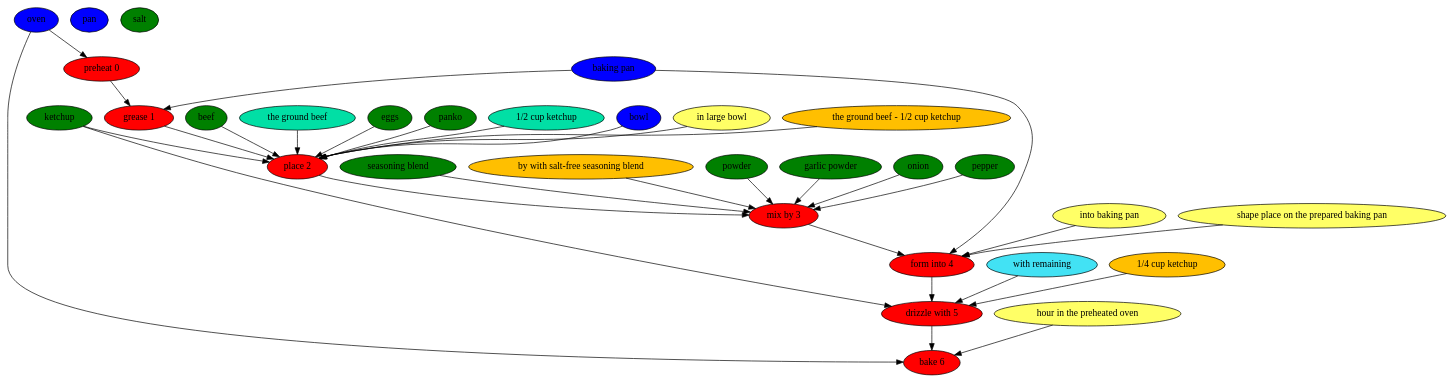
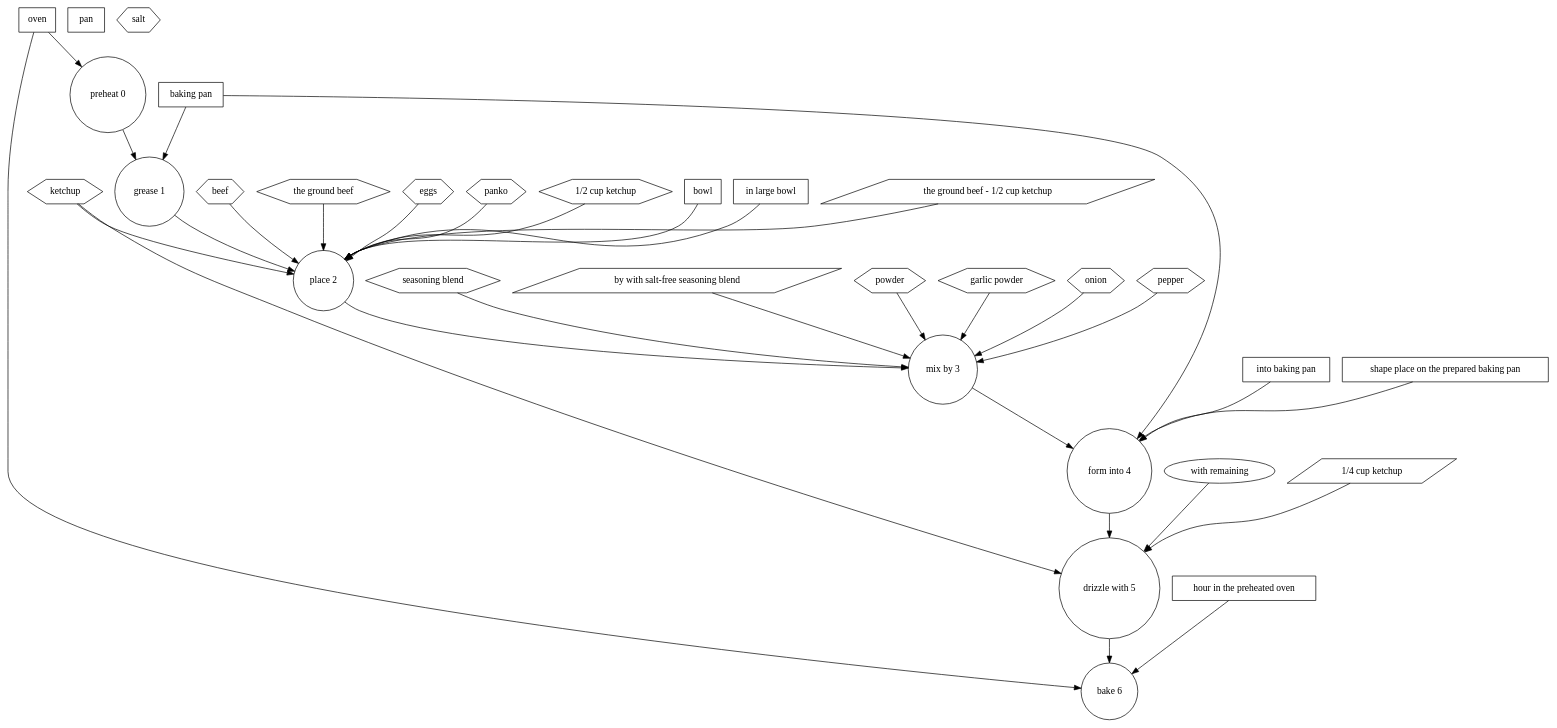
Before and after one commit to can-keklik/RecipePostagger: the diagram in results/paper3/jackies-special-meatloaf.dot, drawn with Graphviz. The commit also changed 3 other files, not shown here.

Commit message:
change graph without color vision2

```diff
--- a/results/paper3/jackies-special-meatloaf.dot
+++ b/results/paper3/jackies-special-meatloaf.dot
@@ -1,70 +1,70 @@
 digraph G {
-"preheat 0" [style=filled, fillcolor=red];
-oven [style=filled, fillcolor="#0000ff"];
+"preheat 0" [shape=circle, style=filled, fillcolor=white];
+oven [shape=box, style=filled, fillcolor=white];
 oven -> "preheat 0";
-"grease 1" [style=filled, fillcolor=red];
-"baking pan" [style=filled, fillcolor="#0000ff"];
+"grease 1" [shape=circle, style=filled, fillcolor=white];
+"baking pan" [shape=box, style=filled, fillcolor=white];
 "baking pan" -> "grease 1";
-pan [style=filled, fillcolor="#0000ff"];
-"place 2" [style=filled, fillcolor=red];
-beef [style=filled, fillcolor=green];
+pan [shape=box, style=filled, fillcolor=white];
+"place 2" [shape=circle, style=filled, fillcolor=white];
+beef [shape=hexagon, style=filled, fillcolor=white];
 beef -> "place 2";
-"the ground beef" [style=filled, fillcolor="#01DFA5"];
+"the ground beef" [shape=hexagon, style=filled, fillcolor=white];
 "the ground beef" -> "place 2";
-eggs [style=filled, fillcolor=green];
+eggs [shape=hexagon, style=filled, fillcolor=white];
 eggs -> "place 2";
-panko [style=filled, fillcolor=green];
+panko [shape=hexagon, style=filled, fillcolor=white];
 panko -> "place 2";
-ketchup [style=filled, fillcolor=green];
+ketchup [shape=hexagon, style=filled, fillcolor=white];
 ketchup -> "place 2";
-"1/2 cup ketchup" [style=filled, fillcolor="#01DFA5"];
+"1/2 cup ketchup" [shape=hexagon, style=filled, fillcolor=white];
 "1/2 cup ketchup" -> "place 2";
-bowl [style=filled, fillcolor="#0000ff"];
+bowl [shape=box, style=filled, fillcolor=white];
 bowl -> "place 2";
-"in large bowl" [style=filled, fillcolor="#ffff66"];
+"in large bowl" [shape=rectangle, style=filled, fillcolor=white];
 "in large bowl" -> "place 2";
-"the ground beef - 1/2 cup ketchup" [style=filled, fillcolor="#FFBF00"];
+"the ground beef - 1/2 cup ketchup" [shape=parallelogram, style=filled, fillcolor=white];
 "the ground beef - 1/2 cup ketchup" -> "place 2";
-"mix by 3" [style=filled, fillcolor=red];
-"seasoning blend" [style=filled, fillcolor=green];
+"mix by 3" [shape=circle, style=filled, fillcolor=white];
+"seasoning blend" [shape=hexagon, style=filled, fillcolor=white];
 "seasoning blend" -> "mix by 3";
-"by with salt-free seasoning blend" [style=filled, fillcolor="#01DFA5"];
+"by with salt-free seasoning blend" [shape=hexagon, style=filled, fillcolor=white];
 "by with salt-free seasoning blend" -> "mix by 3";
-powder [style=filled, fillcolor=green];
+powder [shape=hexagon, style=filled, fillcolor=white];
 powder -> "mix by 3";
-"garlic powder" [style=filled, fillcolor=green];
+"garlic powder" [shape=hexagon, style=filled, fillcolor=white];
 "garlic powder" -> "mix by 3";
-onion [style=filled, fillcolor=green];
+onion [shape=hexagon, style=filled, fillcolor=white];
 onion -> "mix by 3";
-salt [style=filled, fillcolor=green];
-pepper [style=filled, fillcolor=green];
+salt [shape=hexagon, style=filled, fillcolor=white];
+pepper [shape=hexagon, style=filled, fillcolor=white];
 pepper -> "mix by 3";
-"by with salt-free seasoning blend" [style=filled, fillcolor="#FFBF00"];
-"form into 4" [style=filled, fillcolor=red];
-"baking pan" [style=filled, fillcolor="#0000ff"];
+"by with salt-free seasoning blend" [shape=parallelogram, style=filled, fillcolor=white];
+"form into 4" [shape=circle, style=filled, fillcolor=white];
+"baking pan" [shape=box, style=filled, fillcolor=white];
 "baking pan" -> "form into 4";
-"into baking pan" [style=filled, fillcolor="#ffff66"];
+"into baking pan" [shape=rectangle, style=filled, fillcolor=white];
 "into baking pan" -> "form into 4";
-pan [style=filled, fillcolor="#0000ff"];
-"shape place on the prepared baking pan" [style=filled, fillcolor="#ffff66"];
+pan [shape=box, style=filled, fillcolor=white];
+"shape place on the prepared baking pan" [shape=rectangle, style=filled, fillcolor=white];
 "shape place on the prepared baking pan" -> "form into 4";
-"drizzle with 5" [style=filled, fillcolor=red];
-"with remaining" [style=filled, fillcolor="#42e2f4"];
+"drizzle with 5" [shape=circle, style=filled, fillcolor=white];
+"with remaining" [shape=ellipse, style=filled, fillcolor=white];
 "with remaining" -> "drizzle with 5";
-ketchup [style=filled, fillcolor=green];
+ketchup [shape=hexagon, style=filled, fillcolor=white];
 ketchup -> "drizzle with 5";
-"1/4 cup ketchup" [style=filled, fillcolor="#01DFA5"];
+"1/4 cup ketchup" [shape=hexagon, style=filled, fillcolor=white];
 "1/4 cup ketchup" -> "drizzle with 5";
-"1/4 cup ketchup" [style=filled, fillcolor="#FFBF00"];
-"bake 6" [style=filled, fillcolor=red];
-oven [style=filled, fillcolor="#0000ff"];
+"1/4 cup ketchup" [shape=parallelogram, style=filled, fillcolor=white];
+"bake 6" [shape=circle, style=filled, fillcolor=white];
+oven [shape=box, style=filled, fillcolor=white];
 oven -> "bake 6";
-"hour in the preheated oven" [style=filled, fillcolor="#ffff66"];
+"hour in the preheated oven" [shape=rectangle, style=filled, fillcolor=white];
 "hour in the preheated oven" -> "bake 6";
 "preheat 0" -> "grease 1";
 "grease 1" -> "place 2";
 "place 2" -> "mix by 3";
 "mix by 3" -> "form into 4";
 "form into 4" -> "drizzle with 5";
 "drizzle with 5" -> "bake 6";
 }
```
